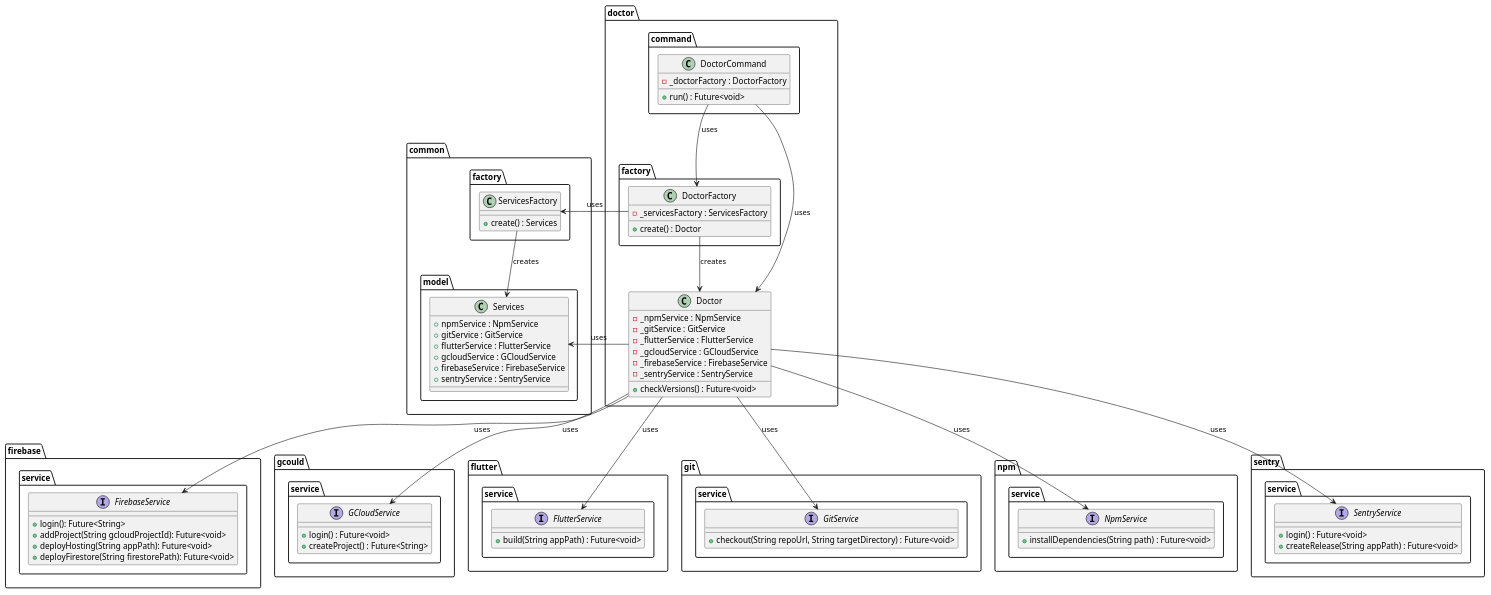
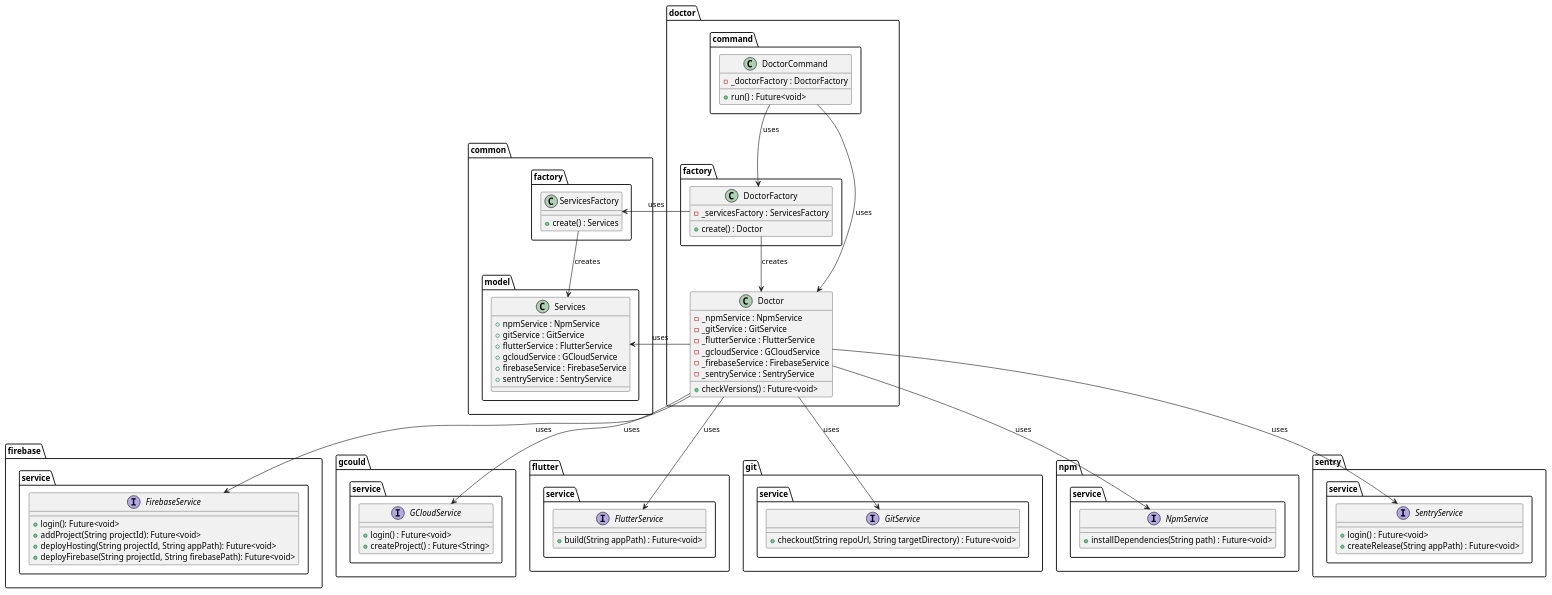
One commit to Flank/flank-dashboard changed the diagram in metrics/cli/docs/diagrams/doctor_command_class_diagram.puml. Above: the diagram before and after it, drawn with PlantUML. The commit also changed 14 other files, not shown here.

```diff
--- a/metrics/cli/docs/diagrams/doctor_command_class_diagram.puml
+++ b/metrics/cli/docs/diagrams/doctor_command_class_diagram.puml
@@ -1,105 +1,105 @@
 @startuml doctor_command_class_diagram
 
 package firebase.service {
     interface FirebaseService {
-        + login(): Future<String>
-        + addProject(String gcloudProjectId): Future<void>
-        + deployHosting(String appPath): Future<void>
-        + deployFirestore(String firestorePath): Future<void>
+        + login(): Future<void>
+        + addProject(String projectId): Future<void>
+        + deployHosting(String projectId, String appPath): Future<void>
+        + deployFirebase(String projectId, String firebasePath): Future<void>
     }
 }
 
 package gcould.service {
     interface GCloudService {
         + login() : Future<void>
         + createProject() : Future<String>
     }
 }
 
 package flutter.service {
     interface FlutterService  {
         + build(String appPath) : Future<void>
     }
 }
 
 package git.service{
     interface GitService  {
         + checkout(String repoUrl, String targetDirectory) : Future<void>
     }
 }
 
 package npm.service {
     interface NpmService  {
         + installDependencies(String path) : Future<void>
     }
 }
 
 package sentry.service{
     interface SentryService  {
         + login() : Future<void>
         + createRelease(String appPath) : Future<void>
     }
 }
 
 package common {
     package model {
         class Services {
             + npmService : NpmService
             + gitService : GitService
             + flutterService : FlutterService
             + gcloudService : GCloudService
             + firebaseService : FirebaseService
             + sentryService : SentryService
         }
     }
 
     package factory as common.factory{
         class ServicesFactory {
             + create() : Services
         }
     }
 }
 
 package doctor {
     package command {
         class DoctorCommand {
             - _doctorFactory : DoctorFactory
             + run() : Future<void>
         }
     }
 
     package factory {
         class DoctorFactory {
             - _servicesFactory : ServicesFactory
             + create() : Doctor
         }
     }
 
     class Doctor {
         - _npmService : NpmService
         - _gitService : GitService
         - _flutterService : FlutterService
         - _gcloudService : GCloudService
         - _firebaseService : FirebaseService
         - _sentryService : SentryService
         + checkVersions() : Future<void>
     }
 }
 
 DoctorCommand -down-> Doctor : uses
 DoctorCommand --> DoctorFactory : uses
 
 DoctorFactory --> Doctor : creates
 DoctorFactory -left-> ServicesFactory : uses
 
 ServicesFactory --> Services : creates
 
 Doctor -down-> NpmService : uses
 Doctor -down-> GitService : uses
 Doctor -down-> FlutterService : uses
 Doctor -down-> GCloudService : uses
 Doctor -down-> FirebaseService : uses
 Doctor -down-> SentryService : uses
 Doctor -left-> Services : uses
 
 @enduml
```
